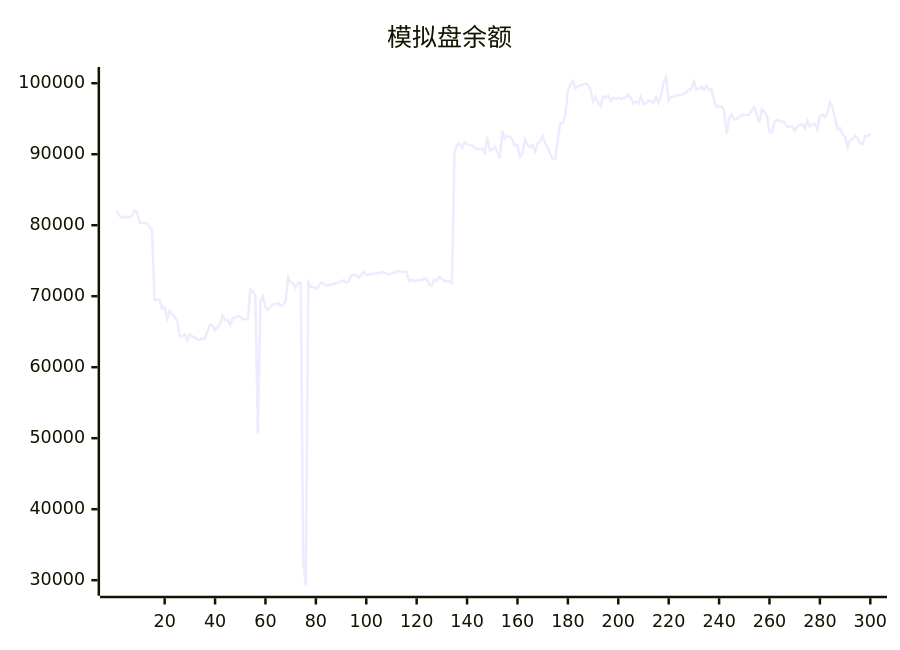
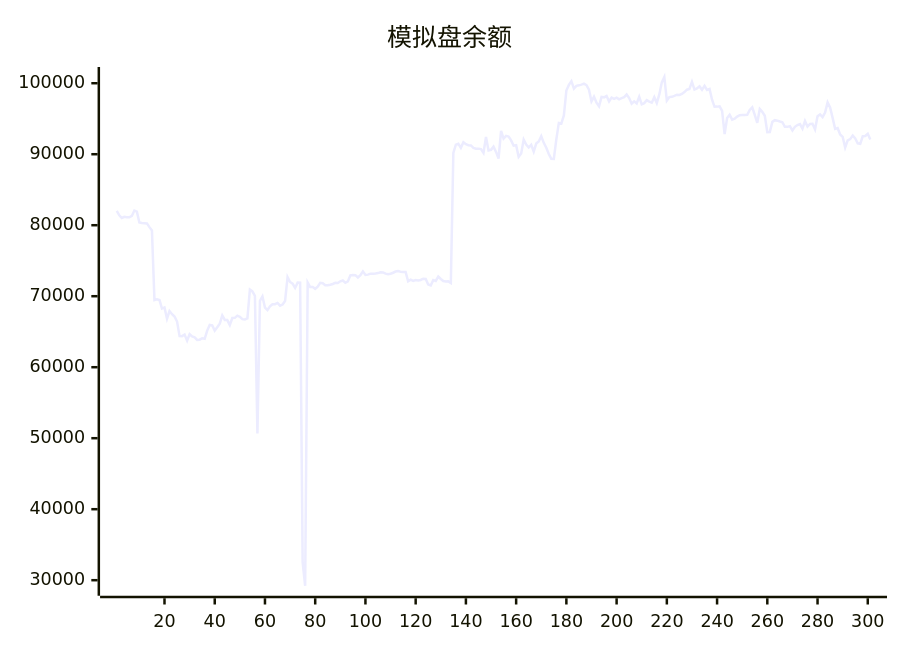
The diagram in README.md (aahl/ai-trading), drawn with Mermaid before and after one commit. The commit also changed other lines of this file and 1 other file, not shown here.

````diff
--- a/README.md
+++ b/README.md
@@ -5,5 +5,5 @@
 ```mermaid
 xychart
     title "模拟盘余额"
-    line [82016,81401,81019,81186,81130,81118,81306,82066,81909,80392,80304,80291,80258,79729,79261,69466,69579,69456,68251,68415,66832,67911,67462,67144,66432,64380,64375,64606,63741,64647,64324,64216,63842,63877,64079,64008,65156,65945,65888,65157,65625,66144,67284,66653,66639,65924,66925,66956,67263,67108,66766,66729,66886,70927,70673,70049,50652,69334,69973,68400,68061,68578,68877,68879,69055,68662,68822,69329,72687,71999,71760,71163,71911,71896,32500,29218,71927,71297,71305,71044,71337,71883,71822,71536,71536,71622,71723,71880,71860,72100,72216,71887,72077,72940,72976,72966,72638,72948,73497,73004,73041,73173,73160,73187,73258,73375,73351,73173,73098,73161,73305,73474,73536,73457,73413,73412,72100,72333,72164,72272,72204,72285,72461,72421,71652,71521,72267,72157,72774,72425,72144,72060,72091,71858,90185,91338,91466,90900,91678,91404,91268,91244,90903,90779,90787,90721,90187,92429,90518,90619,91070,90328,89376,93286,92202,92581,92485,91947,91196,91259,89619,90086,92063,91355,90950,91327,90373,91498,91800,92531,91603,90910,90031,89351,89334,92097,94406,94315,95455,98972,99763,100286,99229,99622,99701,99805,99938,99738,99082,97430,98094,97267,96741,98081,98013,98194,97447,97983,97789,97969,97729,97911,98043,98405,97912,97120,97448,97154,98095,97021,97191,97616,97402,97263,98035,97210,98424,100121,100876,97552,98049,98085,98228,98388,98342,98488,98750,99086,99181,100188,99107,99272,99553,99072,99636,99061,99186,97674,96679,96704,96743,96096,92830,95088,95560,94866,94995,95295,95497,95531,95527,95559,96236,96597,95538,94422,96363,95972,95418,93095,93128,94558,94795,94727,94611,94508,93857,93852,93955,93340,93862,94112,94249,93603,94682,93898,94267,94288,93490,95337,95601,95226,95879,97301,96573,95113,93569,93681,92773,92453,90953,91954,92130,92637,92209,91536,91462,92532,92562,92875]
+    line [82016,81401,81019,81186,81130,81118,81306,82066,81909,80392,80304,80291,80258,79729,79261,69466,69579,69456,68251,68415,66832,67911,67462,67144,66432,64380,64375,64606,63741,64647,64324,64216,63842,63877,64079,64008,65156,65945,65888,65157,65625,66144,67284,66653,66639,65924,66925,66956,67263,67108,66766,66729,66886,70927,70673,70049,50652,69334,69973,68400,68061,68578,68877,68879,69055,68662,68822,69329,72687,71999,71760,71163,71911,71896,32500,29218,71927,71297,71305,71044,71337,71883,71822,71536,71536,71622,71723,71880,71860,72100,72216,71887,72077,72940,72976,72966,72638,72948,73497,73004,73041,73173,73160,73187,73258,73375,73351,73173,73098,73161,73305,73474,73536,73457,73413,73412,72100,72333,72164,72272,72204,72285,72461,72421,71652,71521,72267,72157,72774,72425,72144,72060,72091,71858,90185,91338,91466,90900,91678,91404,91268,91244,90903,90779,90787,90721,90187,92429,90518,90619,91070,90328,89376,93286,92202,92581,92485,91947,91196,91259,89619,90086,92063,91355,90950,91327,90373,91498,91800,92531,91603,90910,90031,89351,89334,92097,94406,94315,95455,98972,99763,100286,99229,99622,99701,99805,99938,99738,99082,97430,98094,97267,96741,98081,98013,98194,97447,97983,97789,97969,97729,97911,98043,98405,97912,97120,97448,97154,98095,97021,97191,97616,97402,97263,98035,97210,98424,100121,100876,97552,98049,98085,98228,98388,98342,98488,98750,99086,99181,100188,99107,99272,99553,99072,99636,99061,99186,97674,96679,96704,96743,96096,92830,95088,95560,94866,94995,95295,95497,95531,95527,95559,96236,96597,95538,94422,96363,95972,95418,93095,93128,94558,94795,94727,94611,94508,93857,93852,93955,93340,93862,94112,94249,93603,94682,93898,94267,94288,93490,95337,95601,95226,95879,97301,96573,95113,93569,93681,92773,92453,90953,91954,92130,92637,92209,91536,91462,92532,92562,92875,92086]
 ```
````
